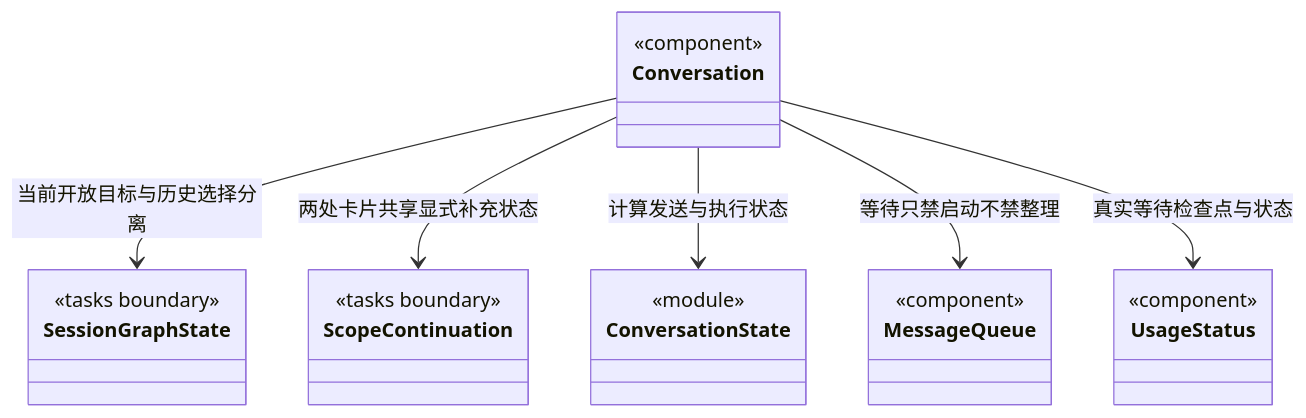
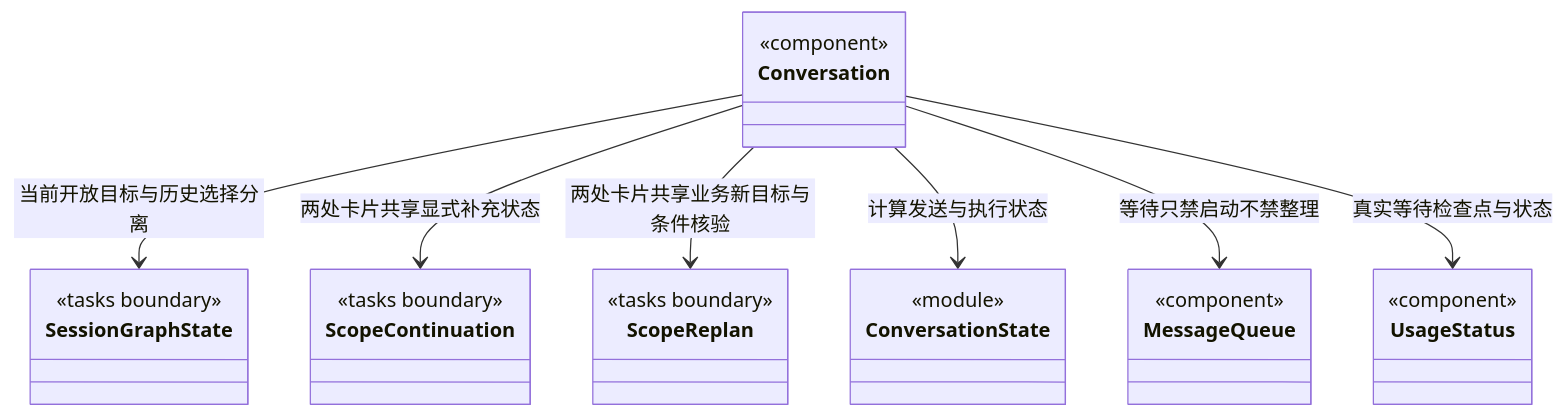
Before and after one commit to nan023062/cbim: diagram 38 of 38 in src/frontend/conversation/ARCHITECTURE.md, drawn with Mermaid. The commit also changed other lines of this file and 53 other files, not shown here.

````diff
--- a/src/frontend/conversation/ARCHITECTURE.md
+++ b/src/frontend/conversation/ARCHITECTURE.md
@@ -612,14 +614,16 @@
 ```mermaid
 classDiagram
 class Conversation { <<component>> }
 class ConversationState { <<module>> }
 class SessionGraphState { <<tasks boundary>> }
 class ScopeContinuation { <<tasks boundary>> }
+class ScopeReplan { <<tasks boundary>> }
 class MessageQueue { <<component>> }
 class UsageStatus { <<component>> }
 Conversation --> SessionGraphState : 当前开放目标与历史选择分离
 Conversation --> ScopeContinuation : 两处卡片共享显式补充状态
+Conversation --> ScopeReplan : 两处卡片共享业务新目标与条件核验
 Conversation --> ConversationState : 计算发送与执行状态
 Conversation --> MessageQueue : 等待只禁启动不禁整理
 Conversation --> UsageStatus : 真实等待检查点与状态
 ```
````
